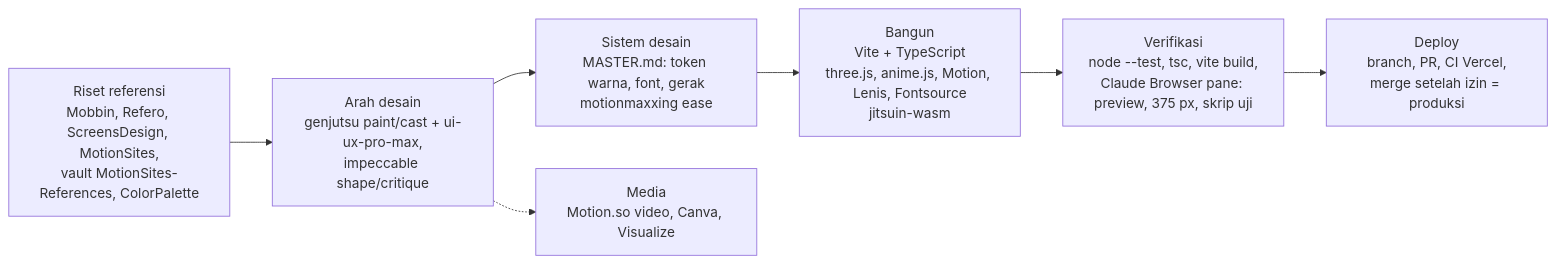
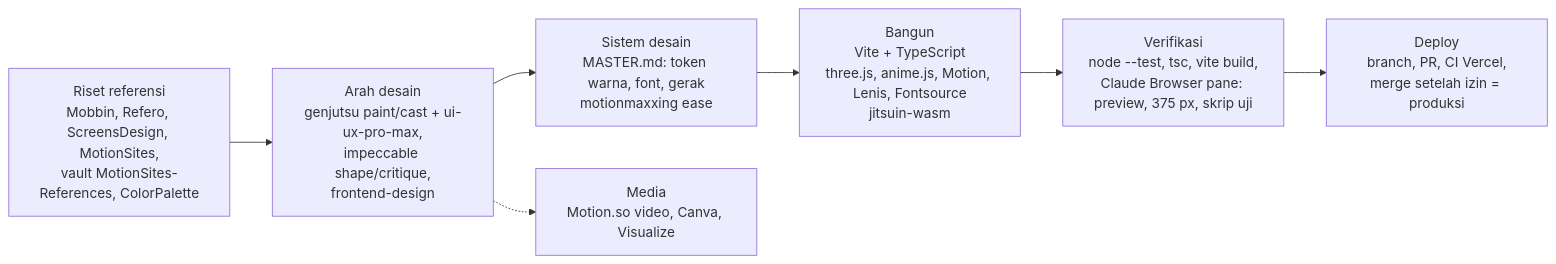
The diagram in 10-FE-vault/FE-00 - Peta Tools FE.md (JitsuinFi/jitsuinfi-vault), drawn with Mermaid before and after one commit. The commit also changed other lines of this file and 1 other file, not shown here.

Commit message:
10-FE-vault: FE-28 in the tool map and module guide

````diff
--- a/10-FE-vault/FE-00 - Peta Tools FE.md
+++ b/10-FE-vault/FE-00 - Peta Tools FE.md
@@ -58,9 +59,9 @@
 ```mermaid
 flowchart LR
-  A[Riset referensi<br/>Mobbin, Refero, ScreensDesign, MotionSites,<br/>vault MotionSites-References, ColorPalette] --> B[Arah desain<br/>genjutsu paint/cast + ui-ux-pro-max,<br/>impeccable shape/critique]
+  A[Riset referensi<br/>Mobbin, Refero, ScreensDesign, MotionSites,<br/>vault MotionSites-References, ColorPalette] --> B[Arah desain<br/>genjutsu paint/cast + ui-ux-pro-max,<br/>impeccable shape/critique,<br/>frontend-design]
   B --> C[Sistem desain<br/>MASTER.md: token warna, font, gerak<br/>motionmaxxing ease]
   C --> D[Bangun<br/>Vite + TypeScript<br/>three.js, anime.js, Motion, Lenis, Fontsource<br/>jitsuin-wasm]
   D --> E[Verifikasi<br/>node --test, tsc, vite build,<br/>Claude Browser pane: preview, 375 px, skrip uji]
   E --> F[Deploy<br/>branch, PR, CI Vercel,<br/>merge setelah izin = produksi]
   B -.-> G[Media<br/>Motion.so video, Canva, Visualize]
 ```
````
